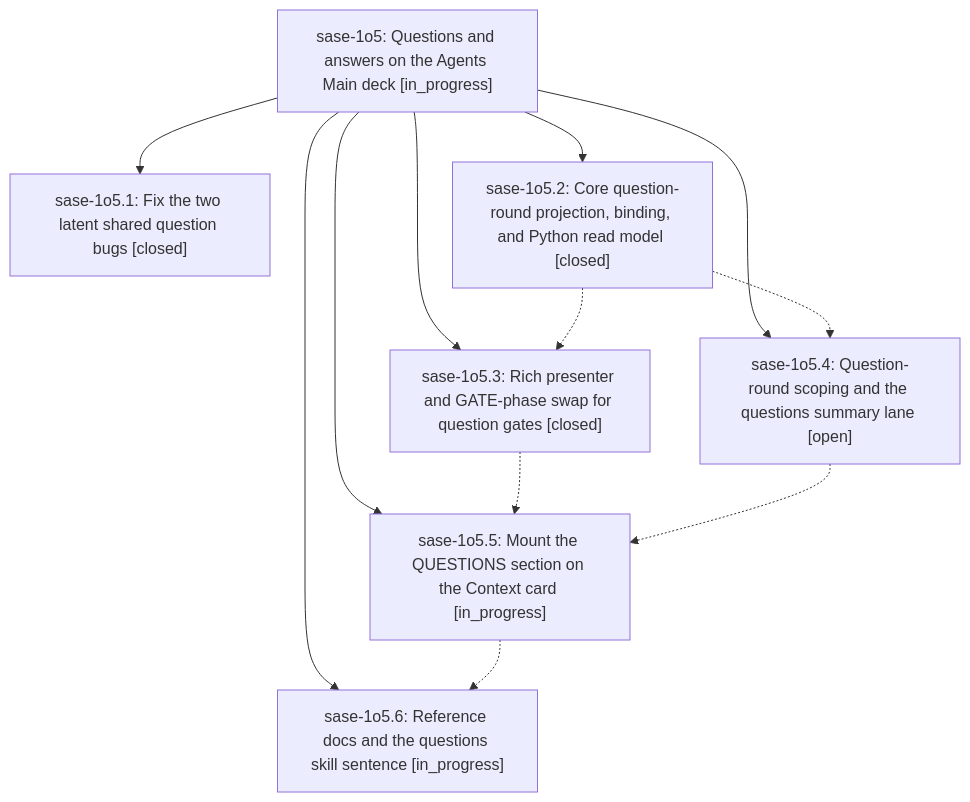
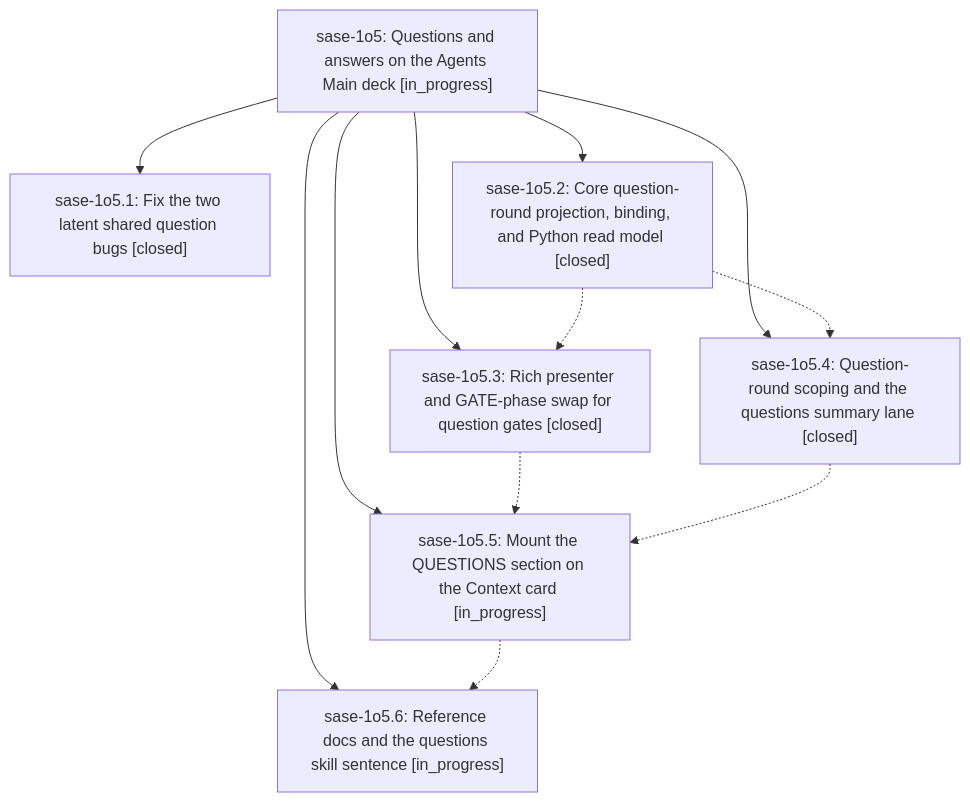
Before and after one commit to sase-org/sase--beads: the diagram in pages/sase-1o5/README.md, drawn with Mermaid. The commit also changed other lines of this file and 4 other files, not shown here.

````diff
--- a/pages/sase-1o5/README.md
+++ b/pages/sase-1o5/README.md
@@ -41,21 +45,21 @@
 ```mermaid
 flowchart TD
     n0["sase-1o5: Questions and answers on the Agents Main deck [in_progress]"]
     n1["sase-1o5.1: Fix the two latent shared question bugs [closed]"]
     n2["sase-1o5.2: Core question-round projection, binding, and Python read model [closed]"]
     n3["sase-1o5.3: Rich presenter and GATE-phase swap for question gates [closed]"]
-    n4["sase-1o5.4: Question-round scoping and the questions summary lane [open]"]
+    n4["sase-1o5.4: Question-round scoping and the questions summary lane [closed]"]
     n5["sase-1o5.5: Mount the QUESTIONS section on the Context card [in_progress]"]
     n6["sase-1o5.6: Reference docs and the questions skill sentence [in_progress]"]
     n0 --> n1
     n0 --> n2
     n0 --> n3
     n0 --> n4
     n0 --> n5
     n0 --> n6
     n2 -.-> n3
     n2 -.-> n4
     n3 -.-> n5
     n4 -.-> n5
     n5 -.-> n6
 ```
````
